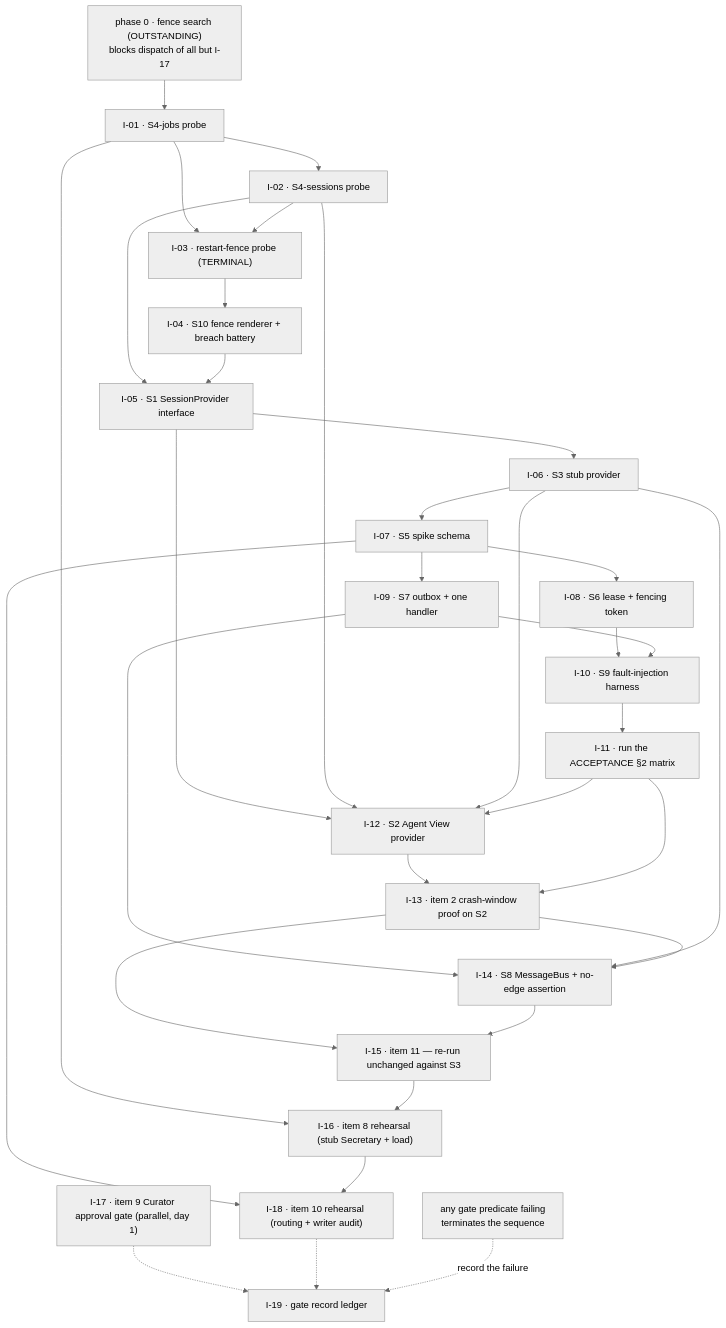
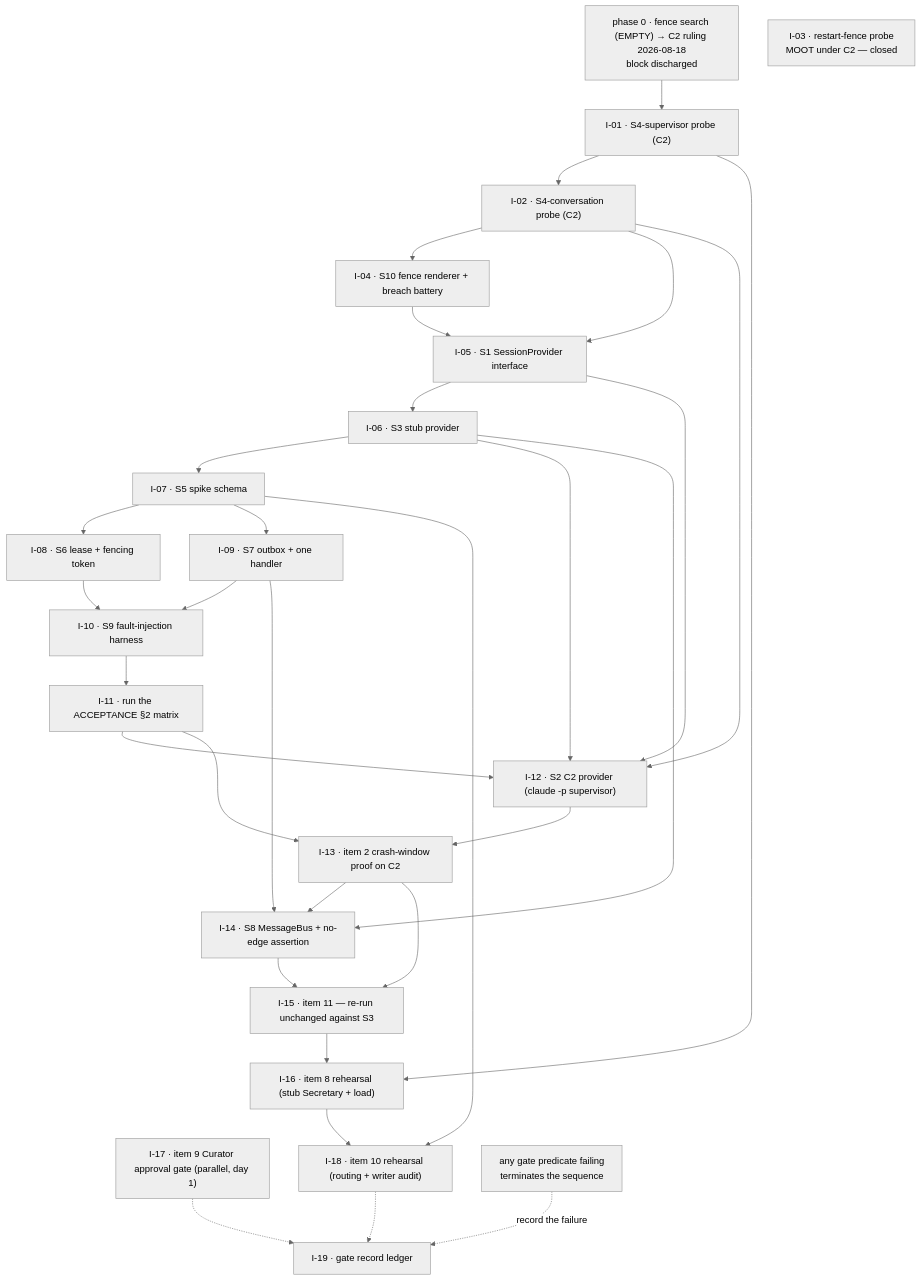
One commit to suisya-systems/interlock changed the diagram in docs/plans/spike-issue-decomposition.md. Above: the diagram before and after it, drawn with Mermaid (neutral theme). The commit also changed other lines of this file, not shown here.

First line of the commit message:
docs: rewrite the 19-issue spike plan on the C2 premise and lift the phase-0 dispatch block (#28)

````diff
--- a/docs/plans/spike-issue-decomposition.md
+++ b/docs/plans/spike-issue-decomposition.md
@@ -75,36 +149,35 @@
 ```mermaid
 graph TD
-  P0["phase 0 · fence search (OUTSTANDING)<br/>blocks dispatch of all but I-17"] --> I01
-  I01["I-01 · S4-jobs probe"] --> I02["I-02 · S4-sessions probe"]
-  I01 --> I03["I-03 · restart-fence probe (TERMINAL)"]
-  I02 --> I03
-  I03 --> I04["I-04 · S10 fence renderer + breach battery"]
+  P0["phase 0 · fence search (EMPTY) → C2 ruling 2026-08-18<br/>block discharged"] --> I01
+  I01["I-01 · S4-supervisor probe (C2)"] --> I02["I-02 · S4-conversation probe (C2)"]
+  I03["I-03 · restart-fence probe<br/>MOOT under C2 — closed"]
+  I02 --> I04["I-04 · S10 fence renderer + breach battery"]
   I02 --> I05["I-05 · S1 SessionProvider interface"]
   I04 --> I05
   I05 --> I06["I-06 · S3 stub provider"]
   I06 --> I07["I-07 · S5 spike schema"]
   I07 --> I08["I-08 · S6 lease + fencing token"]
   I07 --> I09["I-09 · S7 outbox + one handler"]
   I08 --> I10["I-10 · S9 fault-injection harness"]
   I09 --> I10
   I10 --> I11["I-11 · run the ACCEPTANCE §2 matrix"]
-  I05 --> I12["I-12 · S2 Agent View provider"]
+  I05 --> I12["I-12 · S2 C2 provider (claude -p supervisor)"]
   I02 --> I12
   I06 --> I12
   I11 --> I12
-  I12 --> I13["I-13 · item 2 crash-window proof on S2"]
+  I12 --> I13["I-13 · item 2 crash-window proof on C2"]
   I11 --> I13
   I09 --> I14["I-14 · S8 MessageBus + no-edge assertion"]
   I06 --> I14
   I13 --> I14
   I13 --> I15["I-15 · item 11 — re-run unchanged against S3"]
   I14 --> I15
   I01 --> I16["I-16 · item 8 rehearsal (stub Secretary + load)"]
   I15 --> I16
   I17["I-17 · item 9 Curator approval gate (parallel, day 1)"]
   I07 --> I18["I-18 · item 10 rehearsal (routing + writer audit)"]
   I16 --> I18
   I17 -.-> I19["I-19 · gate record ledger"]
   I18 -.-> I19
   I19x["any gate predicate failing<br/>terminates the sequence"] -. "record the failure" .-> I19
 ```
````
